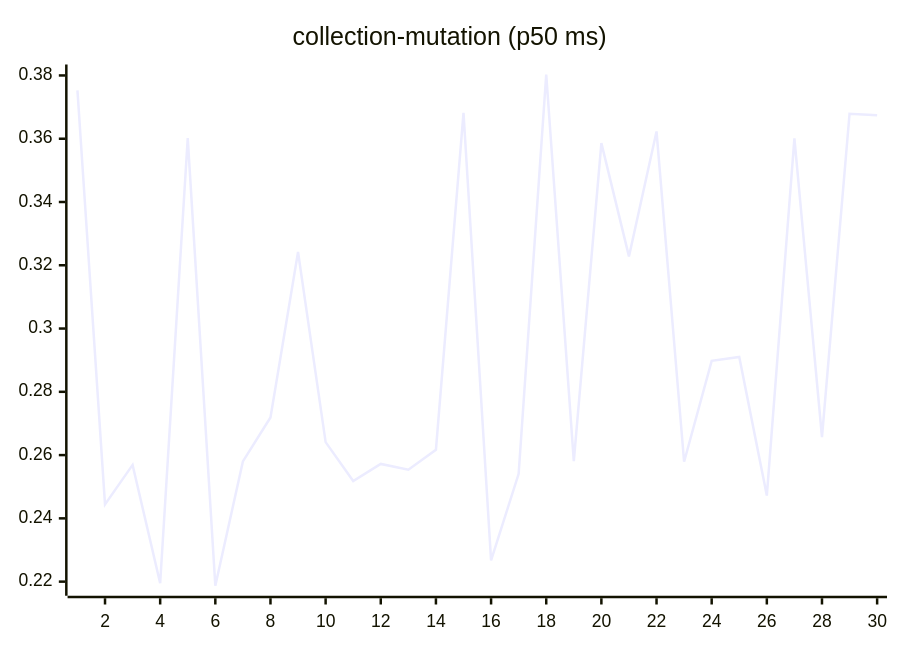
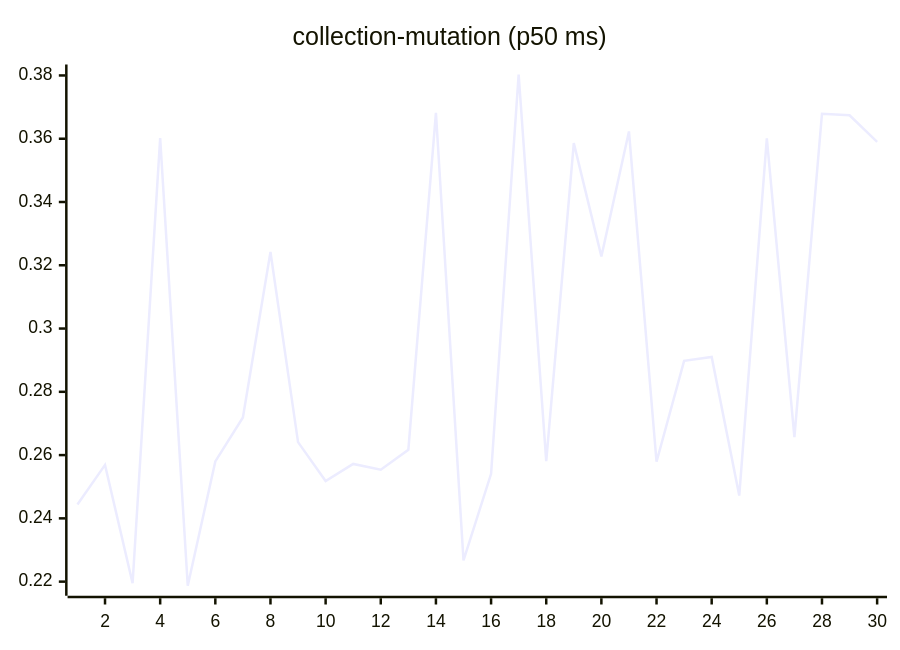
Before and after one commit to josha/Facet: the sixth of 27 diagrams in README.md, drawn with Mermaid. The commit also changed other lines of this file and 2 other files, not shown here.

````diff
--- a/README.md
+++ b/README.md
@@ -98,6 +98,6 @@
 ```mermaid
 xychart-beta
     title "collection-mutation (p50 ms)"
     x-axis 1 --> 30
-    line [0.3753, 0.2444, 0.2569, 0.2195, 0.3602, 0.2187, 0.2580, 0.2719, 0.3242, 0.2641, 0.2518, 0.2572, 0.2554, 0.2617, 0.3682, 0.2267, 0.2541, 0.3803, 0.2581, 0.3586, 0.3228, 0.3623, 0.2579, 0.2898, 0.2910, 0.2472, 0.3601, 0.2657, 0.3679, 0.3674]
+    line [0.2444, 0.2569, 0.2195, 0.3602, 0.2187, 0.2580, 0.2719, 0.3242, 0.2641, 0.2518, 0.2572, 0.2554, 0.2617, 0.3682, 0.2267, 0.2541, 0.3803, 0.2581, 0.3586, 0.3228, 0.3623, 0.2579, 0.2898, 0.2910, 0.2472, 0.3601, 0.2657, 0.3679, 0.3674, 0.3590]
 ```
````
